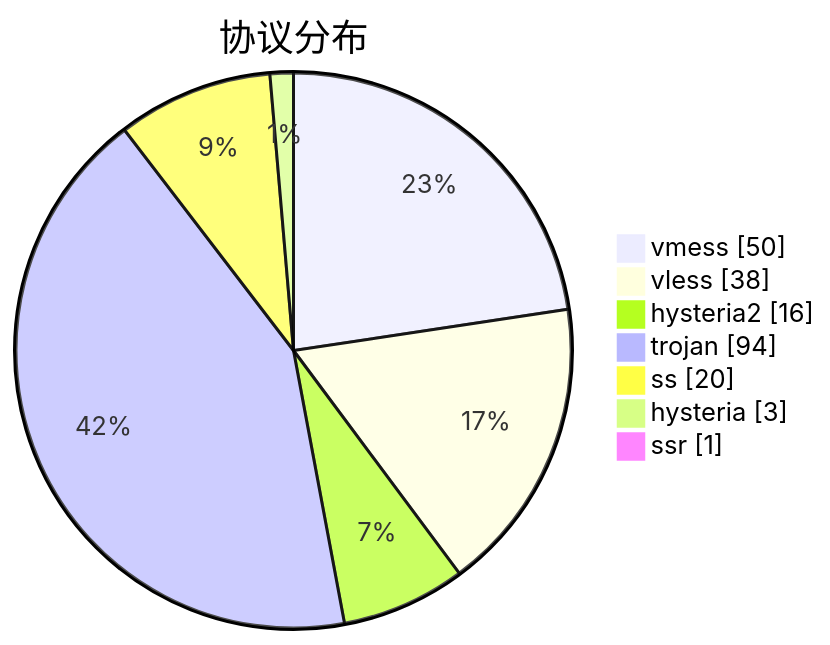
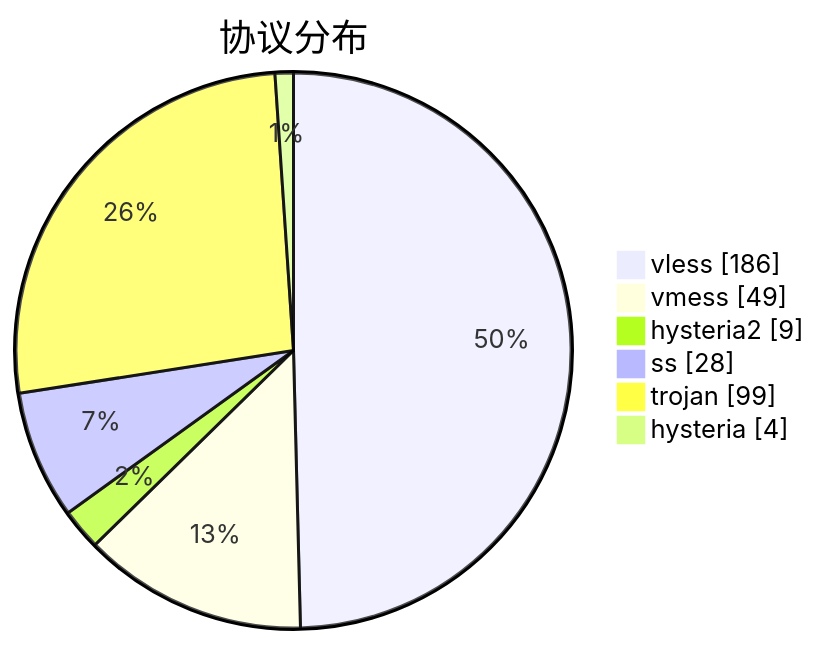
Before and after one commit to sinspired/airport: the third of 3 diagrams in subs/statistics/tested_within.md, drawn with Mermaid. The commit also changed other lines of this file and 2 other files, not shown here.

````diff
--- a/subs/statistics/tested_within.md
+++ b/subs/statistics/tested_within.md
@@ -38,11 +39,10 @@
 ```mermaid
 pie showData
 title 协议分布
-"vmess" : 50
-"vless" : 38
-"hysteria2" : 16
-"trojan" : 94
-"ss" : 20
-"hysteria" : 3
-"ssr" : 1
+"vless" : 186
+"vmess" : 49
+"hysteria2" : 9
+"ss" : 28
+"trojan" : 99
+"hysteria" : 4
 ```
````
